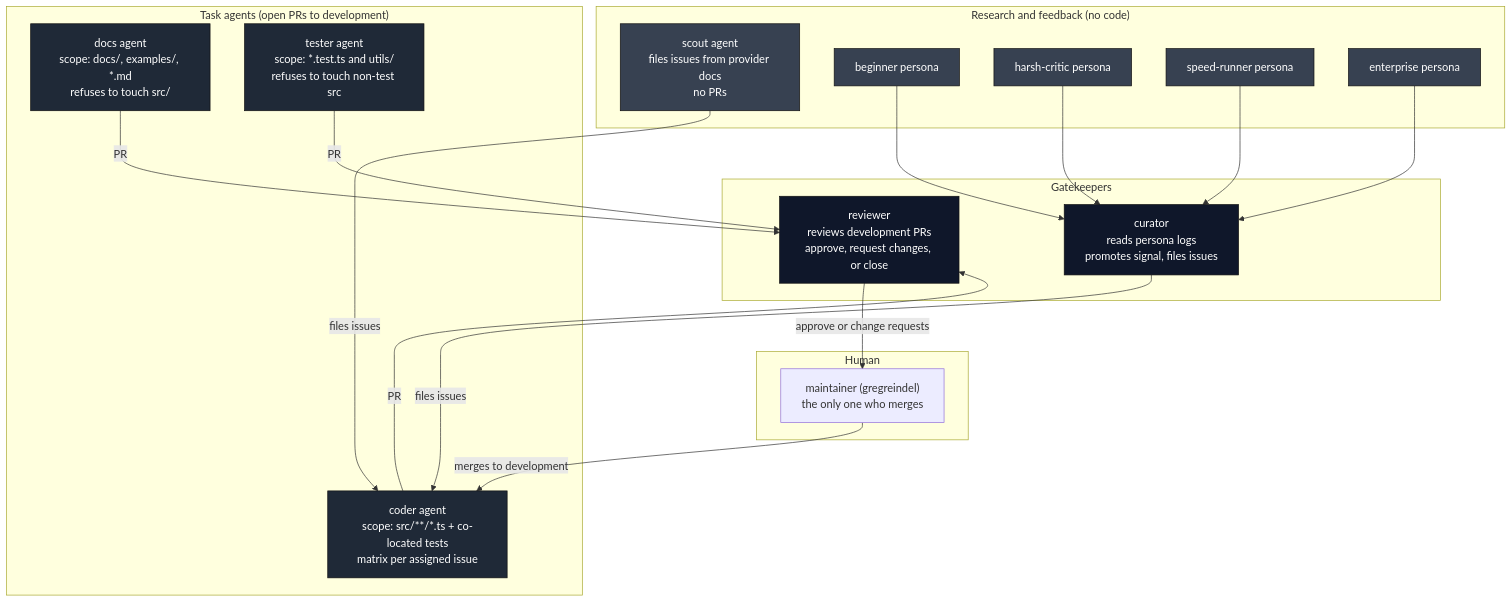
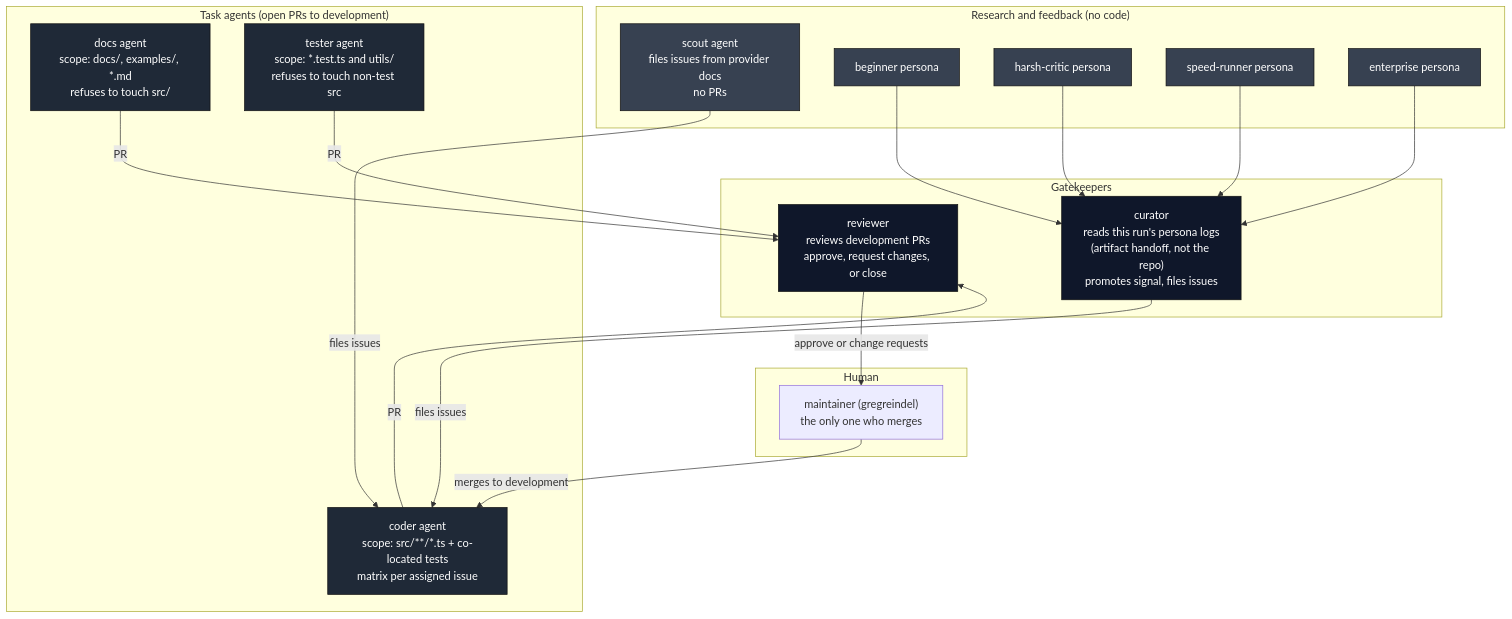
One commit to llm-exe/llm-exe changed the seventh of 16 diagrams in .github/docs/WORKFLOW_ARCHITECTURE.md. Above: the diagram before and after it, drawn with Mermaid. The commit also changed other lines of this file and 1 other file, not shown here.

Commit message:
docs: sync personas-run deep dive and architecture after persona log artifact handoff

````diff
--- a/.github/docs/WORKFLOW_ARCHITECTURE.md
+++ b/.github/docs/WORKFLOW_ARCHITECTURE.md
@@ -564,41 +564,41 @@
 ```mermaid
 flowchart TB
     classDef writer fill:#1f2937,color:#fff,stroke:#111
     classDef readonly fill:#374151,color:#fff,stroke:#111
     classDef meta fill:#0f172a,color:#fff,stroke:#111
 
     subgraph taskagents["Task agents (open PRs to development)"]
         docs["docs agent\nscope: docs/, examples/, *.md\nrefuses to touch src/"]:::writer
         tester["tester agent\nscope: *.test.ts and utils/\nrefuses to touch non-test src"]:::writer
         coder["coder agent\nscope: src/**/*.ts + co-located tests\nmatrix per assigned issue"]:::writer
     end
 
     subgraph research["Research and feedback (no code)"]
         scout["scout agent\nfiles issues from provider docs\nno PRs"]:::readonly
         beginner["beginner persona"]:::readonly
         critic["harsh-critic persona"]:::readonly
         speed["speed-runner persona"]:::readonly
         enterprise["enterprise persona"]:::readonly
     end
 
     subgraph gatekeepers["Gatekeepers"]
-        curator["curator\nreads persona logs\npromotes signal, files issues"]:::meta
+        curator["curator\nreads this run's persona logs\n(artifact handoff, not the repo)\npromotes signal, files issues"]:::meta
         reviewer["reviewer\nreviews development PRs\napprove, request changes, or close"]:::meta
     end
 
     subgraph human["Human"]
         maint["maintainer (gregreindel)\nthe only one who merges"]
     end
 
     beginner --> curator
     critic --> curator
     speed --> curator
     enterprise --> curator
     curator -- files issues --> coder
     scout -- files issues --> coder
     coder -- PR --> reviewer
     docs -- PR --> reviewer
     tester -- PR --> reviewer
     reviewer -- approve or change requests --> maint
     maint -- merges to development --> coder
 ```
````
